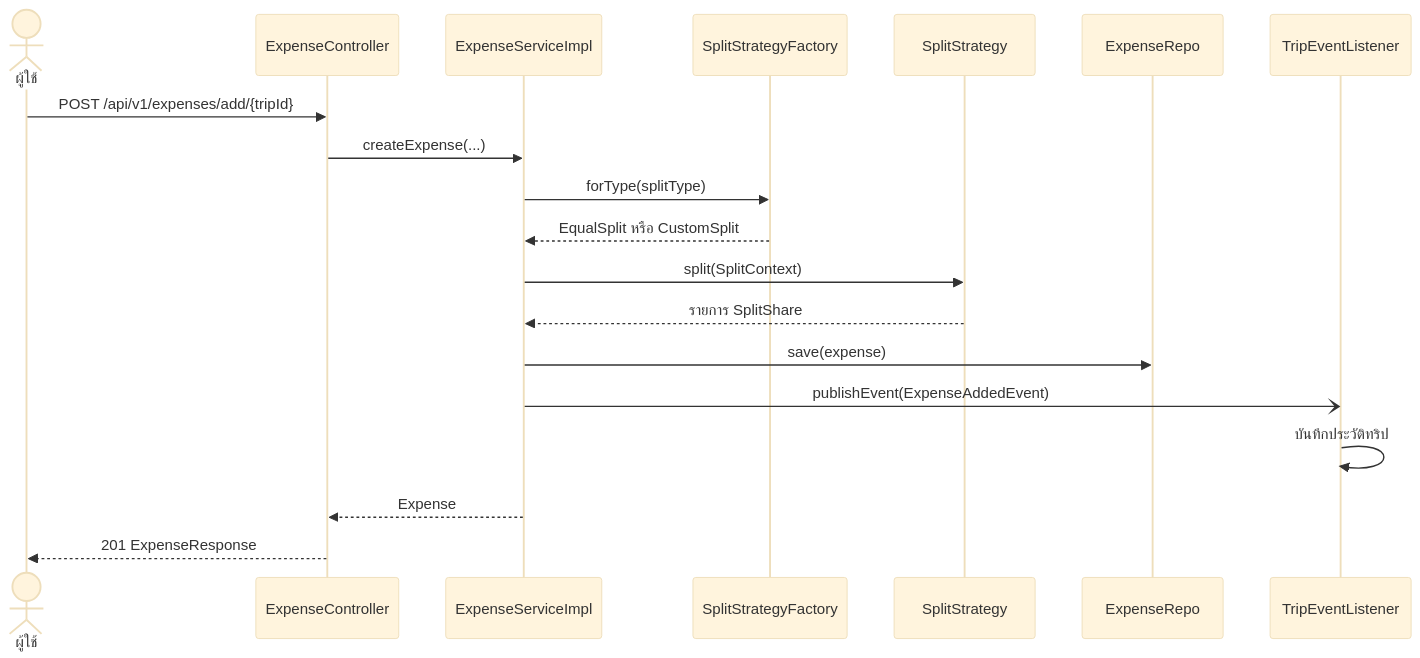
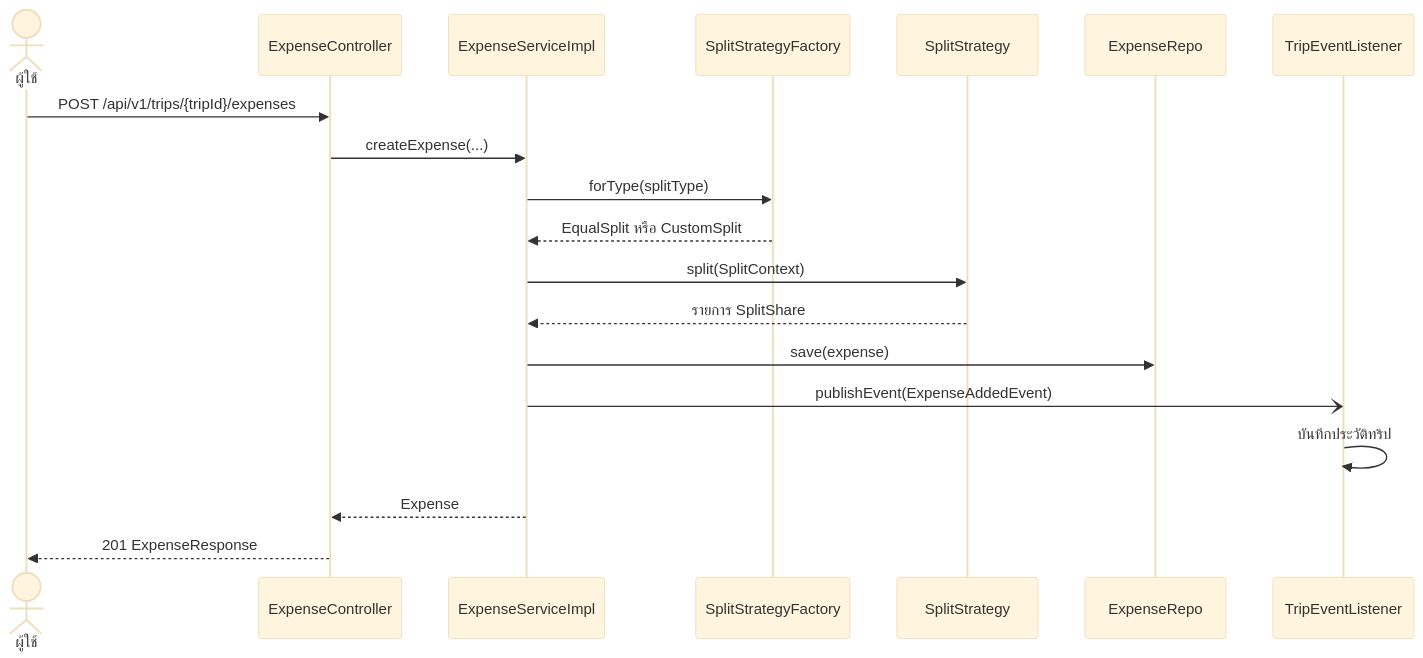
Before and after one commit to txark/Trip_Spitter: the sixth of 6 diagrams in doc/design-patterns.md, drawn with Mermaid (base theme). The commit also changed 31 other files, not shown here.

````diff
--- a/doc/design-patterns.md
+++ b/doc/design-patterns.md
@@ -251,21 +251,21 @@
 ```mermaid
 sequenceDiagram
     actor U as ผู้ใช้
     participant C as ExpenseController
     participant S as ExpenseServiceImpl
     participant F as SplitStrategyFactory
     participant ST as SplitStrategy
     participant R as ExpenseRepo
     participant L as TripEventListener
-    U->>C: POST /api/v1/expenses/add/{tripId}
+    U->>C: POST /api/v1/trips/{tripId}/expenses
     C->>S: createExpense(...)
     S->>F: forType(splitType)
     F-->>S: EqualSplit หรือ CustomSplit
     S->>ST: split(SplitContext)
     ST-->>S: รายการ SplitShare
     S->>R: save(expense)
     S-)L: publishEvent(ExpenseAddedEvent)
     L->>L: บันทึกประวัติทริป
     S-->>C: Expense
     C-->>U: 201 ExpenseResponse
 ```
````
